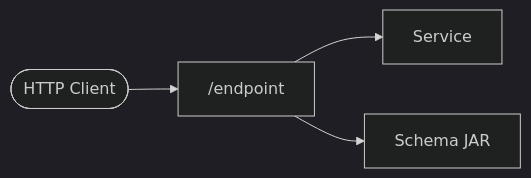
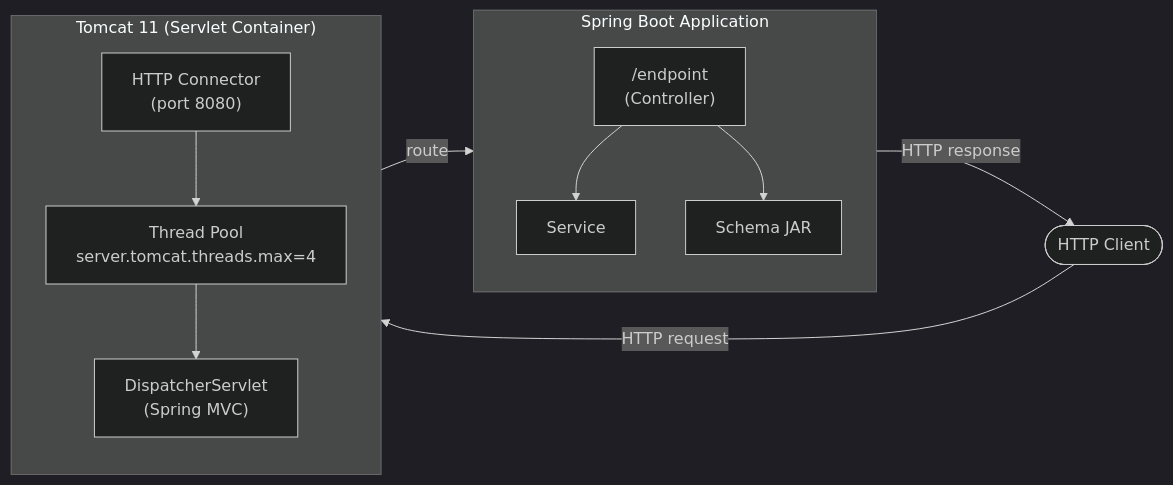
Before and after one commit to prayagupa/retailstore-microservice: the diagram in README.md, drawn with Mermaid (dark theme). The commit also changed other lines of this file and 3 other files, not shown here.

````diff
--- a/README.md
+++ b/README.md
@@ -7,6 +7,26 @@
 ```mermaid
 flowchart LR
-    client(["HTTP Client"]) --> endpoint["/endpoint"]
-    endpoint --> service["Service"]
-    endpoint --> schema["Schema JAR"]
+
+    subgraph springboot["Spring Boot Application"]
+        direction TB
+        endpoint["/endpoint\n(Controller)"]
+        service["Service"]
+        schema["Schema JAR"]
+        endpoint --> service
+        endpoint --> schema
+    end
+    
+    subgraph tomcat["Tomcat 11 (Servlet Container)"]
+        direction TB
+        connector["HTTP Connector\n(port 8080)"]
+        threadpool["Thread Pool\nserver.tomcat.threads.max=4"]
+        dispatcher["DispatcherServlet\n(Spring MVC)"]
+        connector --> threadpool --> dispatcher
+    end
+
+    client(["HTTP Client"])
+    
+    client -->|"HTTP request"| connector
+    dispatcher -->|"route"| endpoint
+    service -->|"HTTP response"| client
 ```
````
